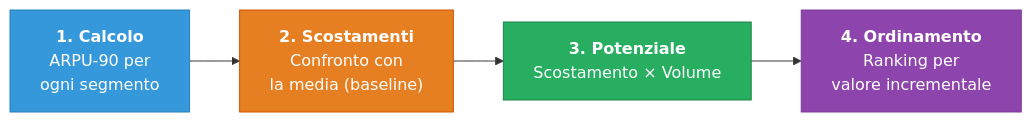
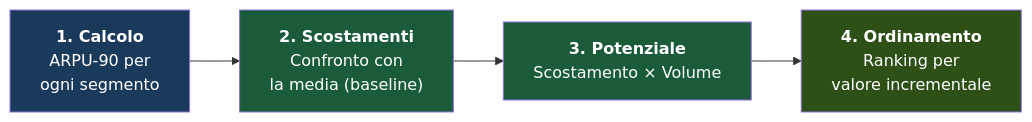
One commit to AndreyBertasini/gynnitech changed the ninth of 12 diagrams in src/content/corso/analisi-prodotto/analisi-coorte.mdx. Above: the diagram before and after it, drawn with Mermaid. The commit also changed other lines of this file and 21 other files, not shown here.

First line of the commit message:
style: applica color scheme semantico a tutti i diagrammi Mermaid del corso

````diff
--- a/src/content/corso/analisi-prodotto/analisi-coorte.mdx
+++ b/src/content/corso/analisi-prodotto/analisi-coorte.mdx
@@ -267,10 +283,10 @@
 ```mermaid
 graph LR
     S1["<b>1. Calcolo</b><br/>ARPU-90 per<br/>ogni segmento"] --> S2["<b>2. Scostamenti</b><br/>Confronto con<br/>la media (baseline)"]
     S2 --> S3["<b>3. Potenziale</b><br/>Scostamento × Volume<br/≥ impatto economico"]
     S3 --> S4["<b>4. Ordinamento</b><br/>Ranking per<br/>valore incrementale"]
-    style S1 fill:#3498db,stroke:#2980b9,color:#fff
-    style S2 fill:#e67e22,stroke:#d35400,color:#fff
-    style S3 fill:#27ae60,stroke:#1e8449,color:#fff
-    style S4 fill:#8e44ad,stroke:#7d3c98,color:#fff
+    style S1 fill:#1a3a5c,color:#ffffff
+    style S2 fill:#1a5c3a,color:#ffffff
+    style S3 fill:#1a5c3a,color:#ffffff
+    style S4 fill:#2d5016,color:#ffffff
 ```
````
